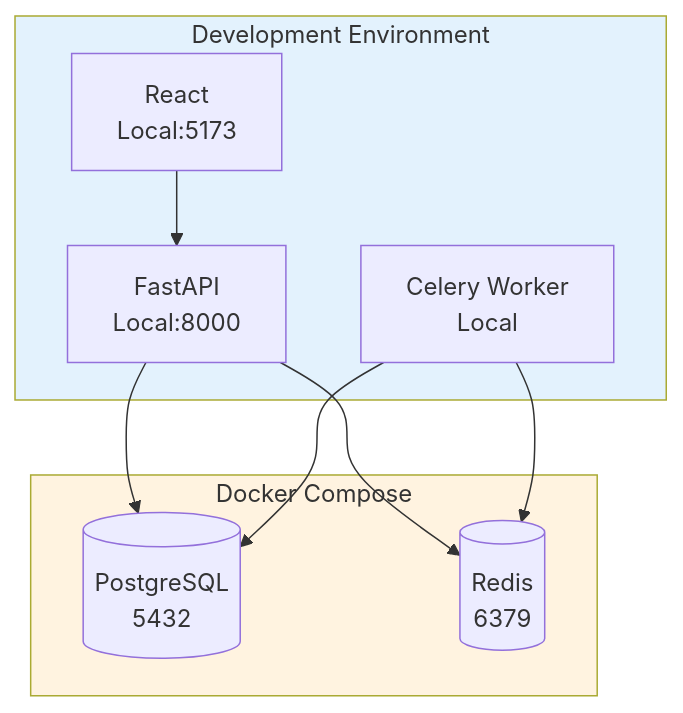
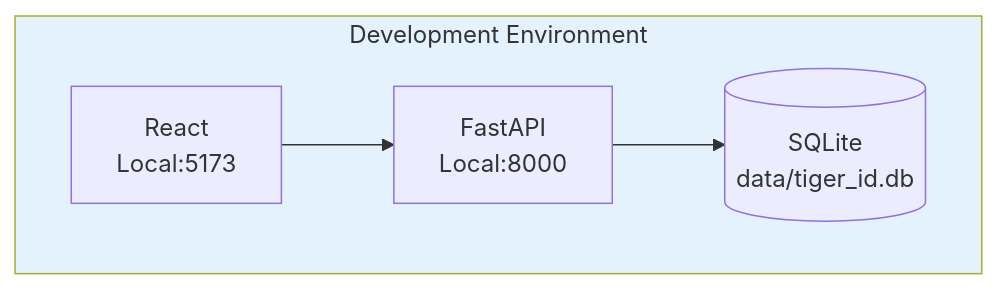
The eighth of 11 diagrams in docs/ARCHITECTURE.md (Ark-Ntech/Tiger-ID), drawn with Mermaid before and after one commit. The commit also changed other lines of this file and 875 other files, not shown here.

````diff
--- a/docs/ARCHITECTURE.md
+++ b/docs/ARCHITECTURE.md
@@ -452,22 +509,13 @@
 ```mermaid
 graph TB
     subgraph Dev["Development Environment"]
         DevAPI[FastAPI<br/>Local:8000]
         DevUI[React<br/>Local:5173]
-        DevWorker[Celery Worker<br/>Local]
+        DevDB[(SQLite<br/>data/tiger_id.db)]
     end
-    
-    subgraph Docker["Docker Compose"]
-        DevPostgres[(PostgreSQL<br/>5432)]
-        DevRedis[(Redis<br/>6379)]
-    end
-    
-    DevAPI --> DevPostgres
-    DevAPI --> DevRedis
-    DevWorker --> DevPostgres
-    DevWorker --> DevRedis
+
+    DevAPI --> DevDB
     DevUI --> DevAPI
-    
+
     style Dev fill:#e3f2fd
-    style Docker fill:#fff3e0
 ```
````
